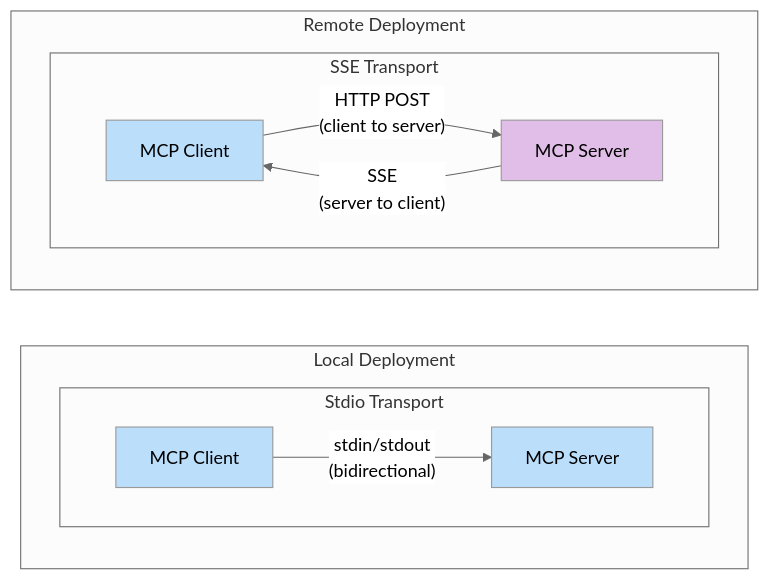
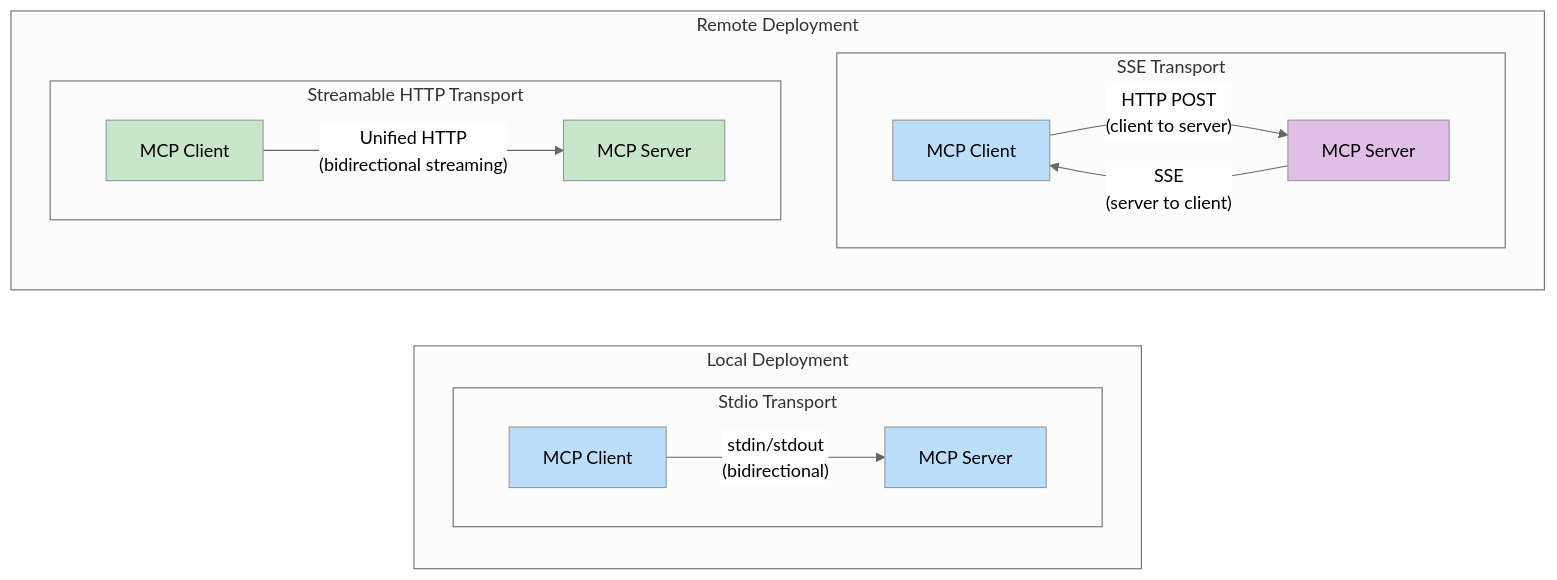
One commit to baronsengir007/Ai-Assistent-Nylas changed the second of 2 diagrams in week-3/mcp-tutorial/2-understanding-mcp/README.md. Above: the diagram before and after it, drawn with Mermaid. The commit also changed other lines of this file and 5 other files, not shown here.

Commit message:
Update dependencies and enhance MCP tutorial documentation with new Streamable HTTP transport details.

````diff
--- a/week-3/mcp-tutorial/2-understanding-mcp/README.md
+++ b/week-3/mcp-tutorial/2-understanding-mcp/README.md
@@ -70,30 +77,38 @@
 ```mermaid
 ---
 config:
   theme: neutral
   look: classic
   layout: dagre
 ---
 flowchart LR
  subgraph Stdio["Stdio Transport"]
         Client1["MCP Client"]
         Server1["MCP Server"]
   end
  subgraph SSE["SSE Transport"]
         Client2["MCP Client"]
         Server2["MCP Server"]
   end
+ subgraph StreamableHTTP["Streamable HTTP Transport"]
+        Client3["MCP Client"]
+        Server3["MCP Server"]
+  end
  subgraph Local["Local Deployment"]
         Stdio
   end
  subgraph Remote["Remote Deployment"]
         SSE
+        StreamableHTTP
   end
     Client1 -- stdin/stdout<br>(bidirectional) --> Server1
     Client2 -- HTTP POST<br>(client to server) --> Server2
     Server2 -- SSE<br>(server to client) --> Client2
+    Client3 -- Unified HTTP<br>(bidirectional streaming) --> Server3
     style Client1 fill:#BBDEFB
     style Server1 fill:#BBDEFB
     style Client2 fill:#BBDEFB
     style Server2 fill:#E1BEE7
+    style Client3 fill:#C8E6C9
+    style Server3 fill:#C8E6C9
 ```
````
